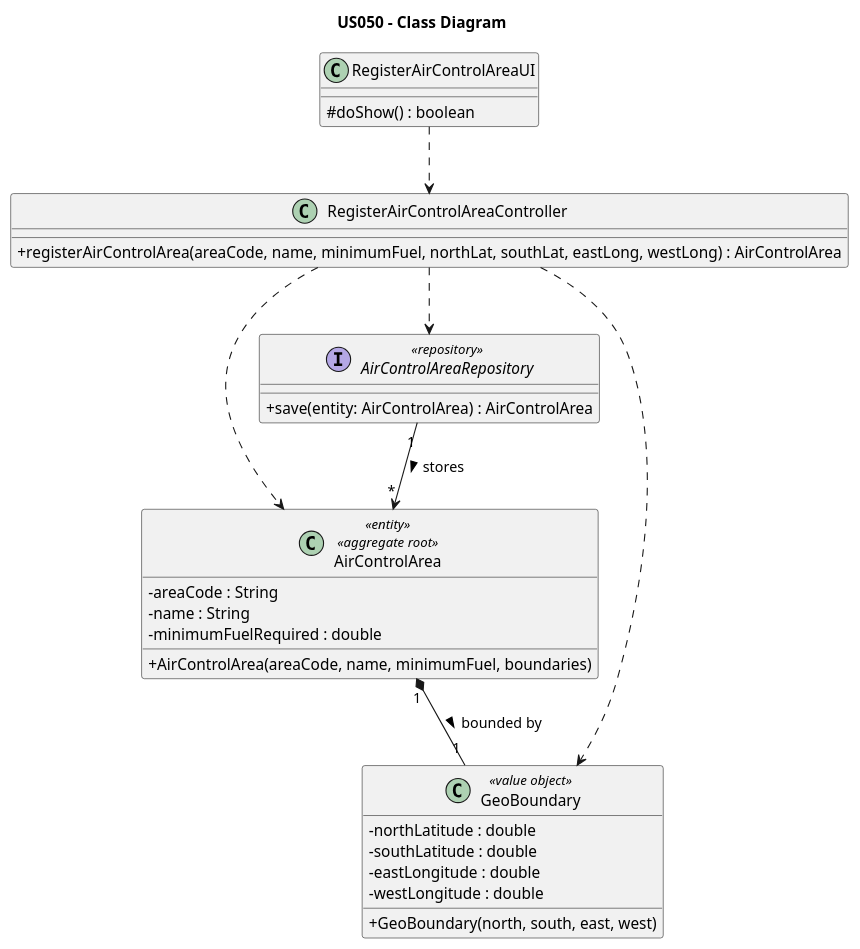
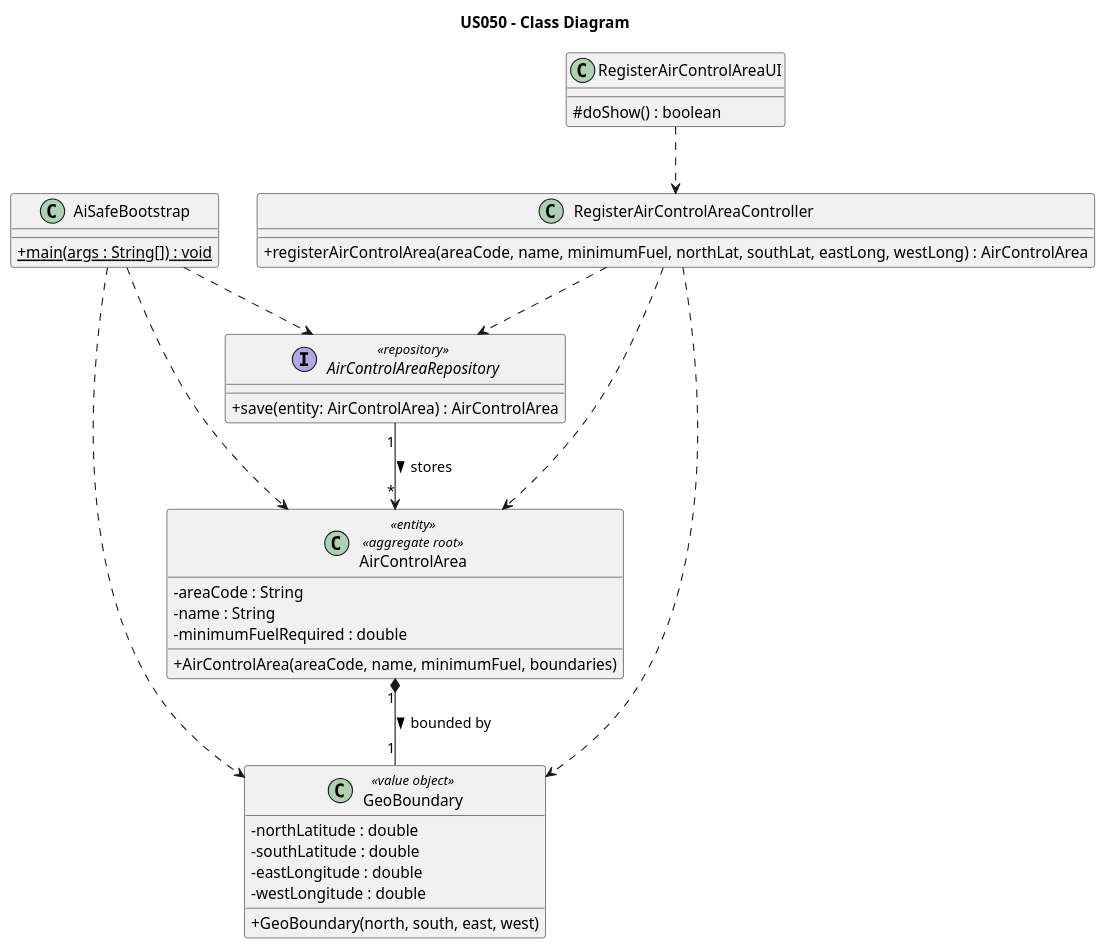
The diagram in aisafe.base/docs/user-stories/us050/puml/US050-class-diagram.puml (brunodspinto/aisafe), drawn with PlantUML before and after one commit. The commit also changed 7 other files, not shown here.

```diff
--- a/aisafe.base/docs/user-stories/us050/puml/US050-class-diagram.puml
+++ b/aisafe.base/docs/user-stories/us050/puml/US050-class-diagram.puml
@@ -1,45 +1,52 @@
 @startuml
 skinparam packageStyle rectangle
 skinparam shadowing false
 skinparam classAttributeIconSize 0
 
 title US050 - Class Diagram
+
+class AiSafeBootstrap {
+    +{static} main(args : String[]) : void
+}
 
 class RegisterAirControlAreaUI {
     # doShow() : boolean
 }
 
 class RegisterAirControlAreaController {
     + registerAirControlArea(areaCode, name, minimumFuel, northLat, southLat, eastLong, westLong) : AirControlArea
 }
 
 class AirControlArea <<entity>> <<aggregate root>> {
     - areaCode : String
     - name : String
     - minimumFuelRequired : double
     + AirControlArea(areaCode, name, minimumFuel, boundaries)
 }
 
 class GeoBoundary <<value object>> {
     - northLatitude : double
     - southLatitude : double
     - eastLongitude : double
     - westLongitude : double
     + GeoBoundary(north, south, east, west)
 }
 
 interface AirControlAreaRepository <<repository>> {
     + save(entity: AirControlArea) : AirControlArea
 }
 
 ' Relações de Dependência da Aplicação
 RegisterAirControlAreaUI .down.> RegisterAirControlAreaController
 RegisterAirControlAreaController .down.> AirControlArea
 RegisterAirControlAreaController .down.> GeoBoundary
 RegisterAirControlAreaController .down.> AirControlAreaRepository
+AiSafeBootstrap .down.> AirControlArea
+AiSafeBootstrap .down.> GeoBoundary
+AiSafeBootstrap .down.> AirControlAreaRepository
 
 ' Relações do Domínio
 AirControlArea "1" *-- "1" GeoBoundary : bounded by >
 AirControlAreaRepository "1" --> "*" AirControlArea : stores >
 
 @enduml
```
